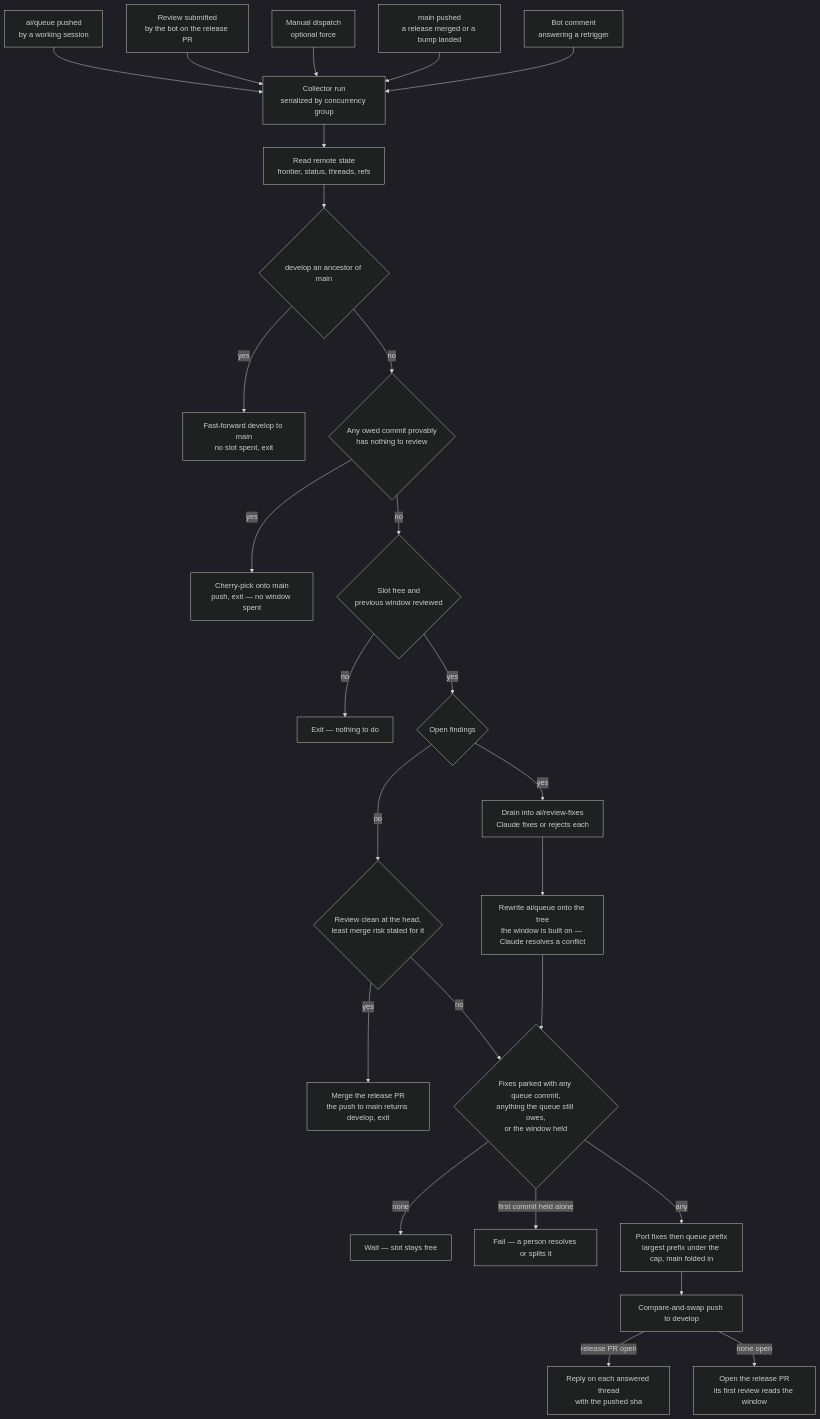
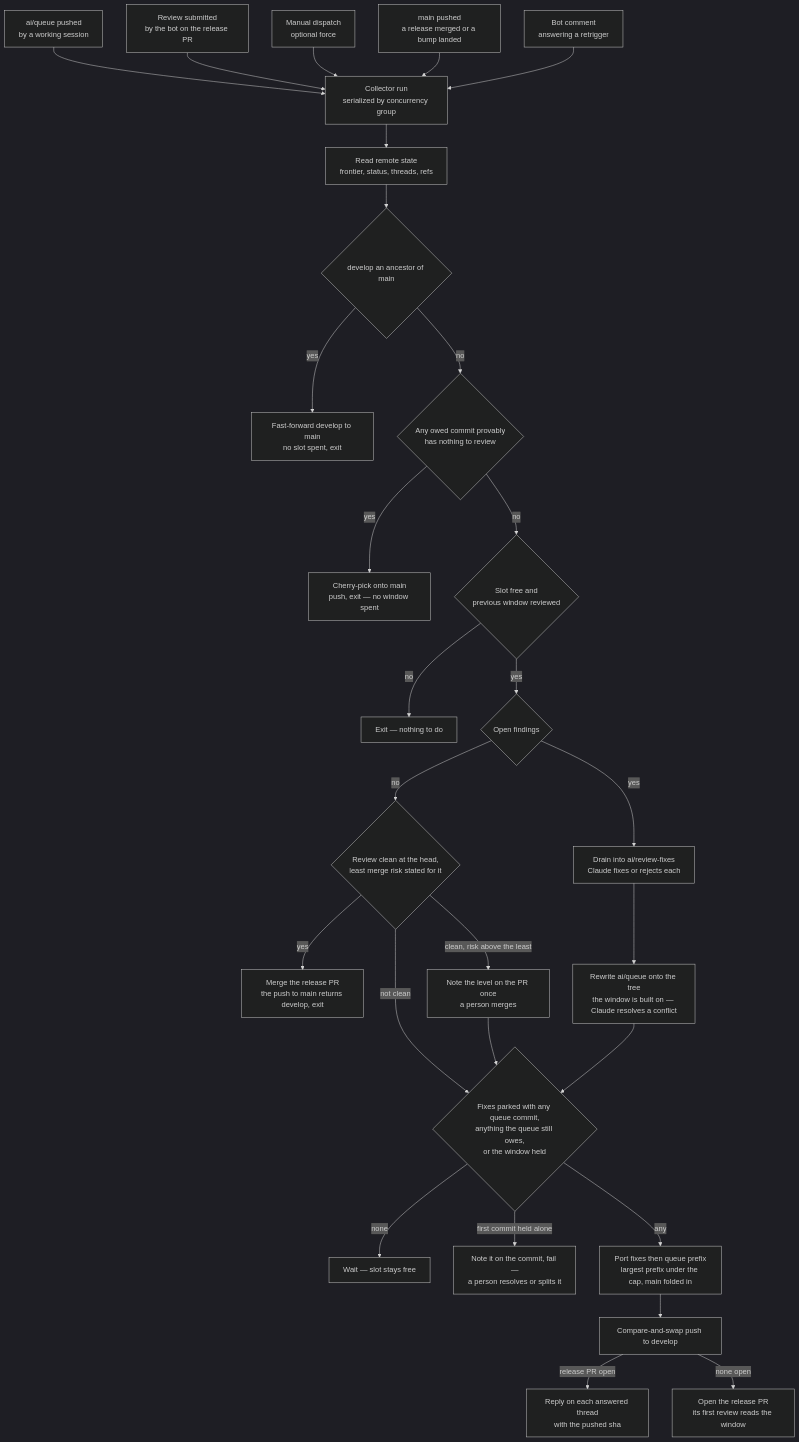
One commit to Esposter/Esposter changed the diagram in apps/web/content/docs/infra/review-collector/index.md. Above: the diagram before and after it, drawn with Mermaid (dark theme). The commit also changed other lines of this file and 9 other files, not shown here.

First line of the commit message:
fix(coderabbit): a held first commit and a clean review rated above the least risk are each told once where a person reads

````diff
--- a/apps/web/content/docs/infra/review-collector/index.md
+++ b/apps/web/content/docs/infra/review-collector/index.md
@@ -26,28 +26,29 @@
 ```mermaid
 flowchart TD
   A[ai/queue pushed<br/>by a working session] --> C
   F[Review submitted<br/>by the bot on the release PR] --> C
   D[Manual dispatch<br/>optional force] --> C
   MN[main pushed<br/>a release merged or a bump landed] --> C
   CM[Bot comment<br/>answering a retrigger] --> C
   C[Collector run<br/>serialized by concurrency group] --> R[Read remote state<br/>frontier, status, threads, refs]
   R --> RS{develop an ancestor of main}
   RS -->|yes| FF[Fast-forward develop to main<br/>no slot spent, exit]
   RS -->|no| E{Any owed commit provably<br/>has nothing to review}
   E -->|yes| EX[Cherry-pick onto main<br/>push, exit — no window spent]
   E -->|no| G{Slot free and<br/>previous window reviewed}
   G -->|no| X[Exit — nothing to do]
   G -->|yes| O{Open findings}
   O -->|yes| DR[Drain into ai/review-fixes<br/>Claude fixes or rejects each]
   O -->|no| CL{Review clean at the head,<br/>least merge risk stated for it}
   CL -->|yes| MG[Merge the release PR<br/>the push to main returns develop, exit]
-  CL -->|no| P
+  CL -->|not clean| P
+  CL -->|clean, risk above the least| RN[Note the level on the PR once<br/>a person merges] --> P
   DR --> SY[Rewrite ai/queue onto the tree<br/>the window is built on — Claude resolves a conflict]
   SY --> P{Fixes parked with any queue commit,<br/>anything the queue still owes,<br/>or the window held}
   P -->|none| PK[Wait — slot stays free]
-  P -->|first commit held alone| FL[Fail — a person resolves or splits it]
+  P -->|first commit held alone| FL[Note it on the commit, fail —<br/>a person resolves or splits it]
   P -->|any| W[Port fixes then queue prefix<br/>largest prefix under the cap, main folded in]
   W --> PU[Compare-and-swap push to develop]
   PU -->|release PR open| RP[Reply on each answered thread<br/>with the pushed sha]
   PU -->|none open| OP[Open the release PR<br/>its first review reads the window]
 ```
````
